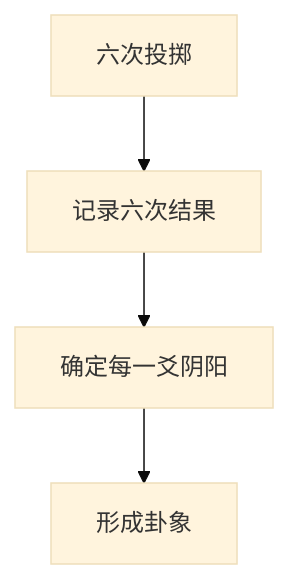
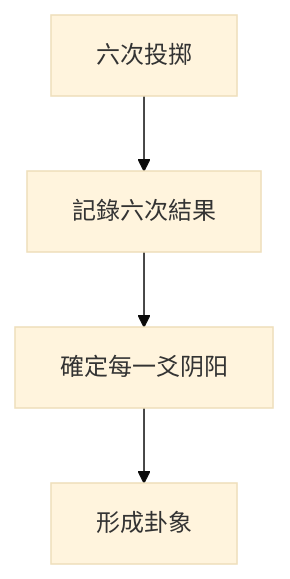
The eighth of 9 diagrams in 3 Resources/04-Interests/易学/03-占卜方法/铜钱卦法.md (kmjade/knowledge-value), drawn with Mermaid (base theme) before and after one commit. The commit also changed other lines of this file and 653 other files, not shown here.

````diff
--- a/3 Resources/04-Interests/易学/03-占卜方法/铜钱卦法.md
+++ b/3 Resources/04-Interests/易学/03-占卜方法/铜钱卦法.md
@@ -241,6 +241,6 @@
 ```mermaid
 graph TB
-    A[六次投掷] --> B[记录六次结果]
-    B --> C[确定每一爻阴阳]
+    A[六次投掷] --> B[記錄六次結果]
+    B --> C[確定每一爻阴阳]
     C --> D[形成卦象]
 ```
````
